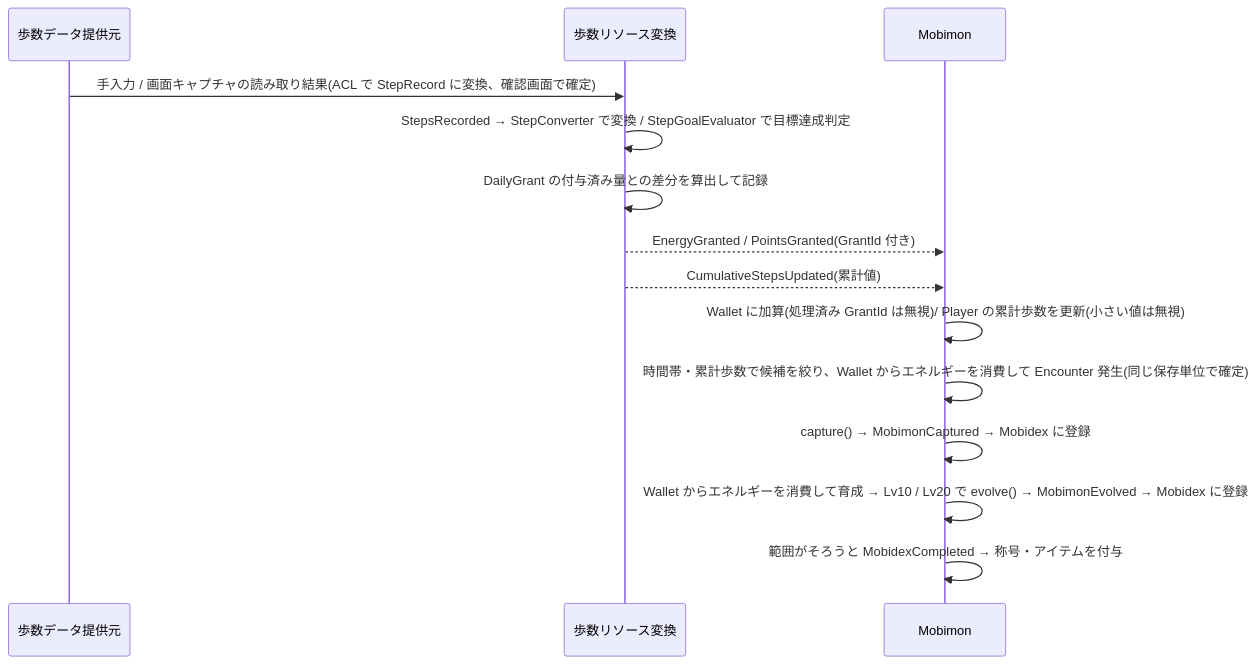
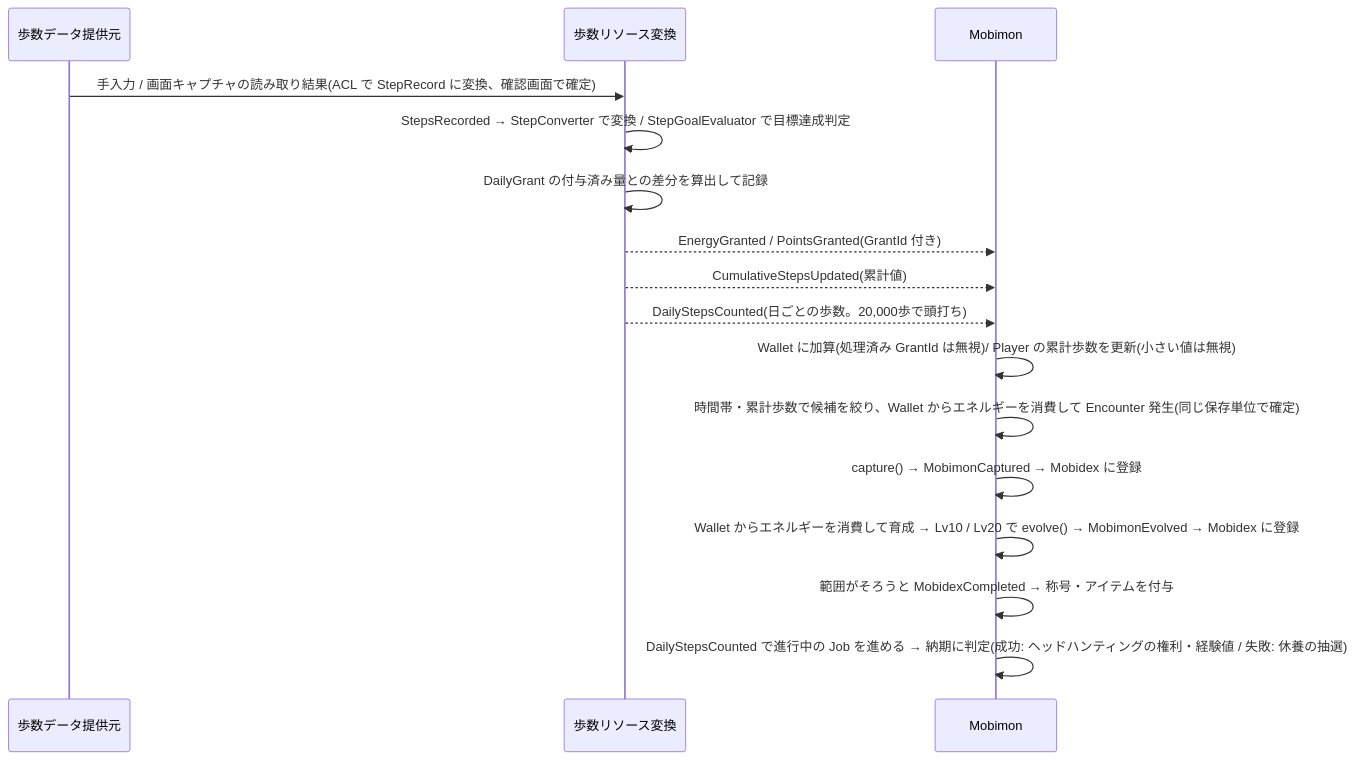
Before and after one commit to Yoshie2m/MobimonGO: the second of 2 diagrams in domain_design.md, drawn with Mermaid. The commit also changed other lines of this file and 31 other files, not shown here.

````diff
--- a/domain_design.md
+++ b/domain_design.md
@@ -305,17 +380,19 @@
 ```mermaid
 sequenceDiagram
     participant EXT as 歩数データ提供元
     participant RES as 歩数リソース変換
     participant MOB as Mobimon
 
     EXT->>RES: 手入力 / 画面キャプチャの読み取り結果(ACL で StepRecord に変換、確認画面で確定)
     RES->>RES: StepsRecorded → StepConverter で変換 / StepGoalEvaluator で目標達成判定
     RES->>RES: DailyGrant の付与済み量との差分を算出して記録
     RES-->>MOB: EnergyGranted / PointsGranted(GrantId 付き)
     RES-->>MOB: CumulativeStepsUpdated(累計値)
+    RES-->>MOB: DailyStepsCounted(日ごとの歩数。20,000歩で頭打ち)
     MOB->>MOB: Wallet に加算(処理済み GrantId は無視)/ Player の累計歩数を更新(小さい値は無視)
     MOB->>MOB: 時間帯・累計歩数で候補を絞り、Wallet からエネルギーを消費して Encounter 発生(同じ保存単位で確定)
     MOB->>MOB: capture() → MobimonCaptured → Mobidex に登録
     MOB->>MOB: Wallet からエネルギーを消費して育成 → Lv10 / Lv20 で evolve() → MobimonEvolved → Mobidex に登録
     MOB->>MOB: 範囲がそろうと MobidexCompleted → 称号・アイテムを付与
+    MOB->>MOB: DailyStepsCounted で進行中の Job を進める → 納期に判定(成功: ヘッドハンティングの権利・経験値 / 失敗: 休養の抽選)
 ```
````
